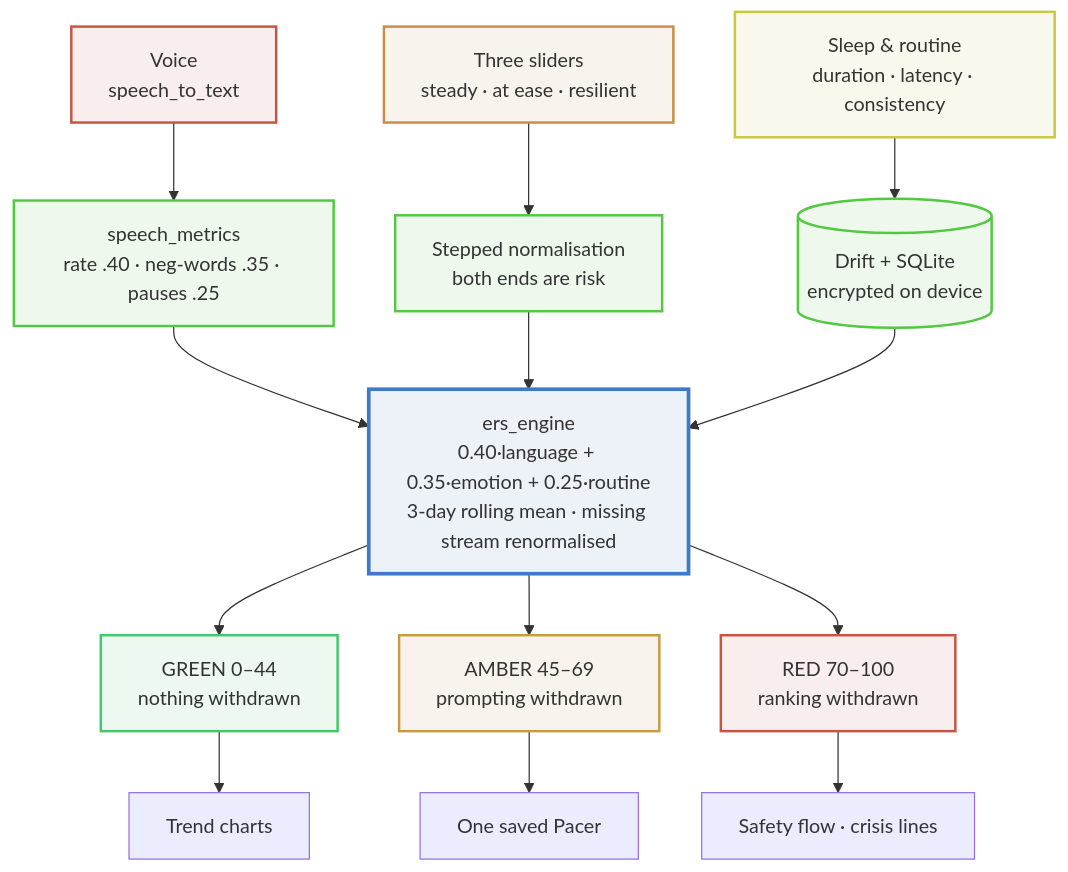
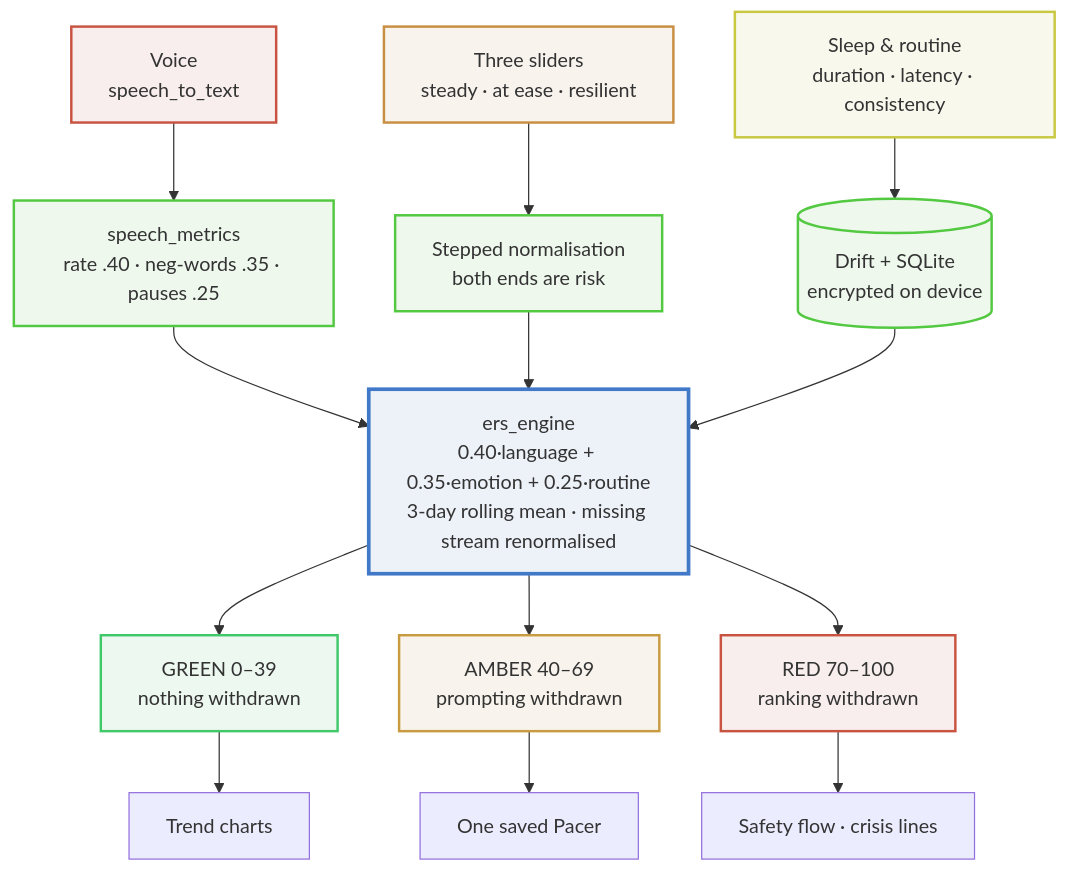
The first of 3 diagrams in README.md (acacapcs-star/lii), drawn with Mermaid before and after one commit. The commit also changed other lines of this file and 10 other files, not shown here.

````diff
--- a/README.md
+++ b/README.md
@@ -613,44 +613,44 @@
 ```mermaid
 flowchart TD
     V["Voice<br/>speech_to_text"]
     S["Three sliders<br/>steady · at ease · resilient"]
     R["Sleep &amp; routine<br/>duration · latency · consistency"]
 
     VM["speech_metrics<br/>rate .40 · neg-words .35 · pauses .25"]
     SN["Stepped normalisation<br/>both ends are risk"]
     DB[("Drift + SQLite<br/>encrypted on device")]
 
     ENG["ers_engine<br/>0.40·language + 0.35·emotion + 0.25·routine<br/>3-day rolling mean · missing stream renormalised"]
 
-    G["GREEN 0–44<br/>nothing withdrawn"]
-    A["AMBER 45–69<br/>prompting withdrawn"]
+    G["GREEN 0–39<br/>nothing withdrawn"]
+    A["AMBER 40–69<br/>prompting withdrawn"]
     RD["RED 70–100<br/>ranking withdrawn"]
 
     T1["Trend charts"]
     T2["One saved Pacer"]
     T3["Safety flow · crisis lines"]
 
     V --> VM
     S --> SN
     R --> DB
     VM --> ENG
     SN --> ENG
     DB --> ENG
     ENG --> G
     ENG --> A
     ENG --> RD
     G --> T1
     A --> T2
     RD --> T3
 
     style V fill:#F8EEED,stroke:#C85341,stroke-width:2px
     style S fill:#F8F3ED,stroke:#C88E41,stroke-width:2px
     style R fill:#F8F8ED,stroke:#C8C841,stroke-width:2px
     style VM fill:#EEF8ED,stroke:#53C841,stroke-width:2px
     style SN fill:#EEF8ED,stroke:#53C841,stroke-width:2px
     style DB fill:#EEF8ED,stroke:#53C841,stroke-width:2px
     style ENG fill:#EDF1F8,stroke:#4179C8,stroke-width:3px
     style G fill:#EDF8F0,stroke:#41C86A,stroke-width:2px
     style A fill:#F8F4ED,stroke:#C89B41,stroke-width:2px
     style RD fill:#F8EEED,stroke:#C85341,stroke-width:2px
 ```
````
